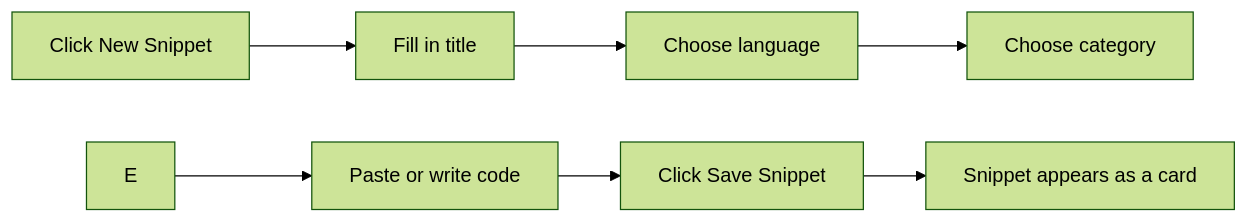
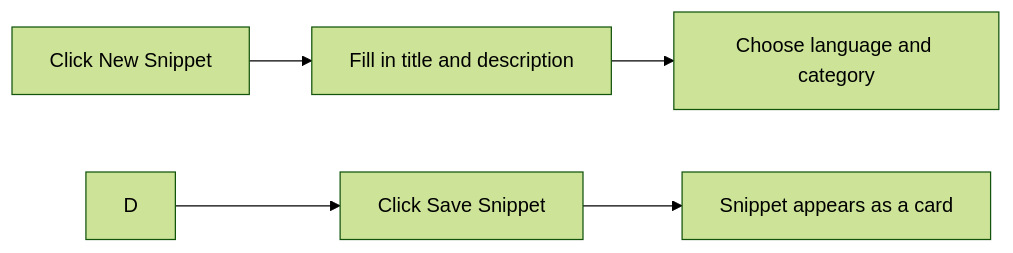
One commit to Mohita111/API2 changed the second of 2 diagrams in dromeas/docs/api2-documentation/plan_2026-10-29_a4fa76/user-facing-docs/quick-start-guide.md. Above: the diagram before and after it, drawn with Mermaid (forest theme). The commit also changed other lines of this file and 11 other files, not shown here.

````diff
--- a/dromeas/docs/api2-documentation/plan_2026-10-29_a4fa76/user-facing-docs/quick-start-guide.md
+++ b/dromeas/docs/api2-documentation/plan_2026-10-29_a4fa76/user-facing-docs/quick-start-guide.md
@@ -48,9 +48,7 @@
 ```mermaid
 graph LR
-    A[Click New Snippet] --> B[Fill in title]
-    B --> C[Choose language]
-    C --> D[Choose category]
-    E --> F[Paste or write code]
-    F --> G[Click Save Snippet]
-    G --> H[Snippet appears as a card]
+    A[Click New Snippet] --> B[Fill in title and description]
+    B --> C[Choose language and category]
+    D --> E[Click Save Snippet]
+    E --> F[Snippet appears as a card]
 ```
````
